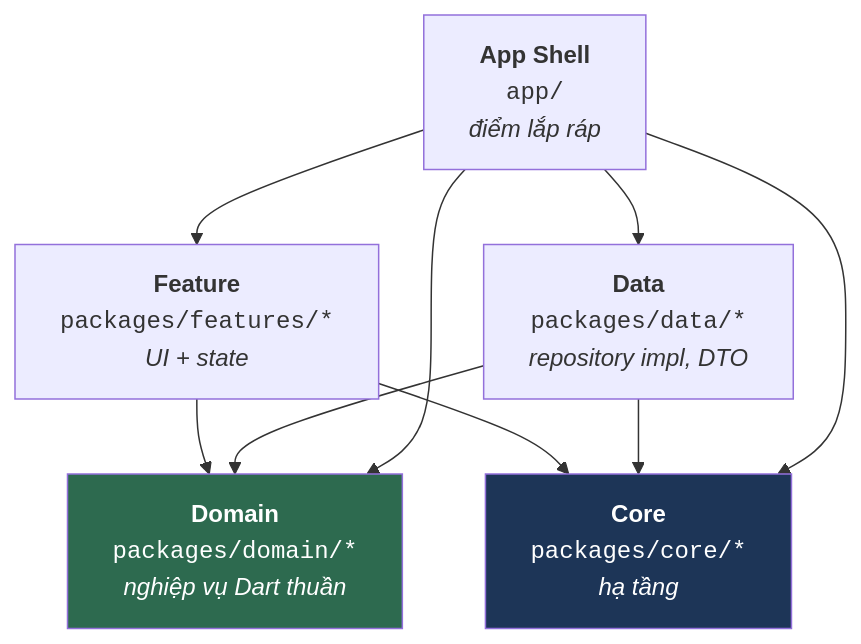
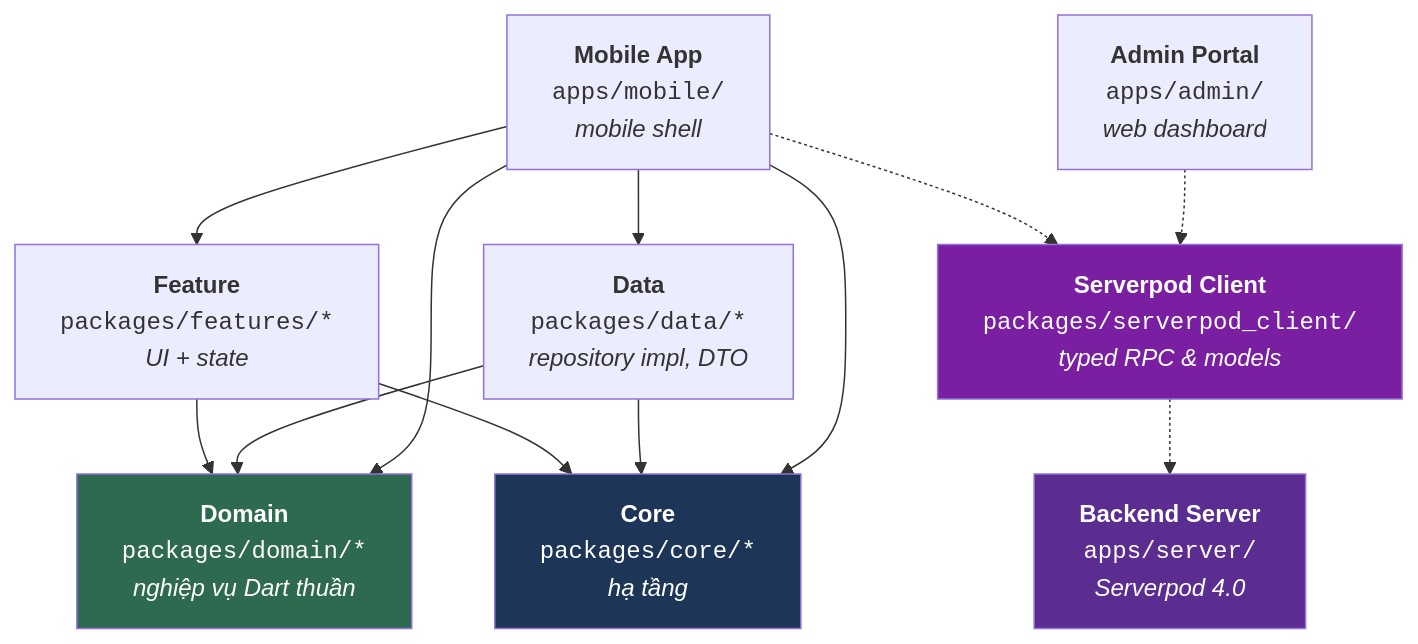
Before and after one commit to CaoGiaHieu-dev/flutter-monorepo-codebase: the diagram in docs/vi/architecture/01_overview.md, drawn with Mermaid. The commit also changed 23 other files, not shown here.

Commit message:
refactor(core): remove firebase from core_common, update architecture graphs, test suites, and tooling scripts

````diff
--- a/docs/vi/architecture/01_overview.md
+++ b/docs/vi/architecture/01_overview.md
@@ -13,20 +13,28 @@
 ```mermaid
 graph TD
-    App["<b>App Shell</b><br/><code>app/</code><br/><i>điểm lắp ráp</i>"]
+    App["<b>Mobile App</b><br/><code>apps/mobile/</code><br/><i>mobile shell</i>"]
+    Admin["<b>Admin Portal</b><br/><code>apps/admin/</code><br/><i>web dashboard</i>"]
+    Server["<b>Backend Server</b><br/><code>apps/server/</code><br/><i>Serverpod 4.0</i>"]
+    SharedClient["<b>Serverpod Client</b><br/><code>packages/serverpod_client/</code><br/><i>typed RPC & models</i>"]
     Feature["<b>Feature</b><br/><code>packages/features/*</code><br/><i>UI + state</i>"]
     Domain["<b>Domain</b><br/><code>packages/domain/*</code><br/><i>nghiệp vụ Dart thuần</i>"]
     Data["<b>Data</b><br/><code>packages/data/*</code><br/><i>repository impl, DTO</i>"]
     Core["<b>Core</b><br/><code>packages/core/*</code><br/><i>hạ tầng</i>"]
 
     Feature --> Domain
     Data --> Domain
     Feature --> Core
     Data --> Core
     App --> Feature
     App --> Data
     App --> Domain
     App --> Core
+    App -.-> SharedClient
+    Admin -.-> SharedClient
+    SharedClient -.-> Server
 
     style Domain fill:#2d6a4f,color:#fff
     style Core fill:#1d3557,color:#fff
+    style Server fill:#5c2d91,color:#fff
+    style SharedClient fill:#7b1fa2,color:#fff
 ```
````
